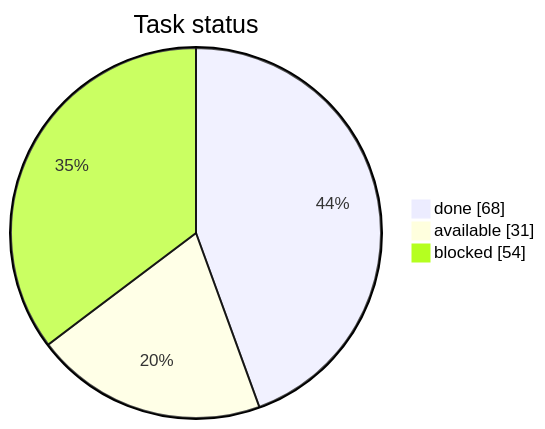
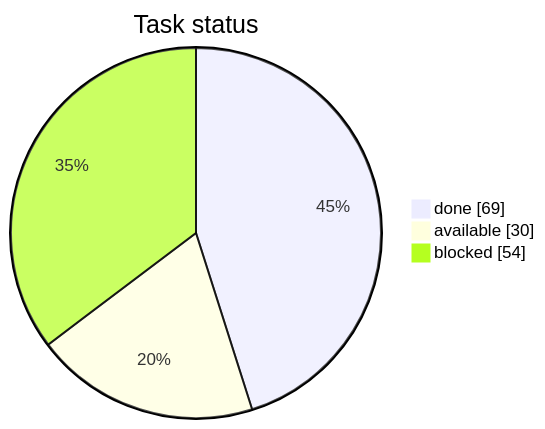
The first of 3 diagrams in STATUS.md (artemiiShabanov/RallyRivals), drawn with Mermaid before and after one commit. The commit also changed other lines of this file and 5 other files, not shown here.

````diff
--- a/STATUS.md
+++ b/STATUS.md
@@ -7,7 +7,7 @@
 ```mermaid
 pie showData
     title Task status
-    "done" : 68
-    "available" : 31
+    "done" : 69
+    "available" : 30
     "blocked" : 54
 ```
````
